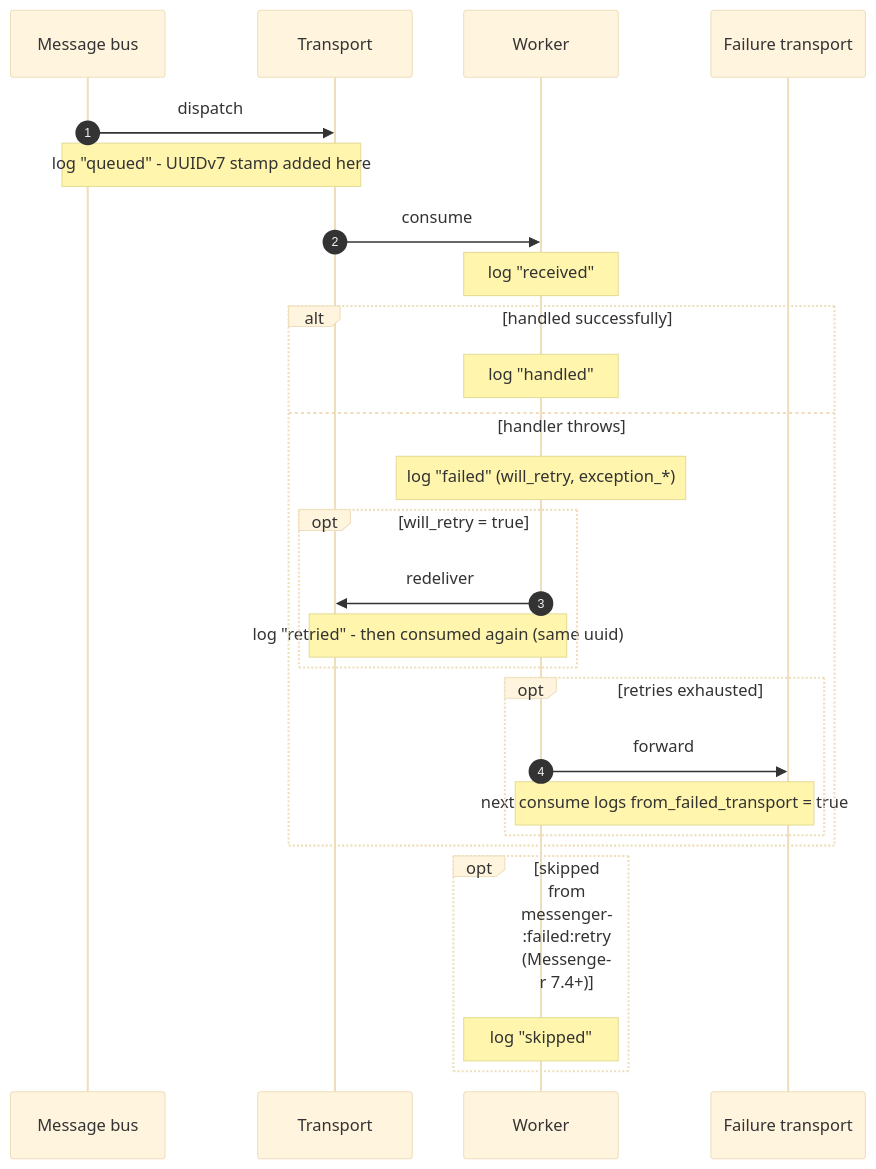
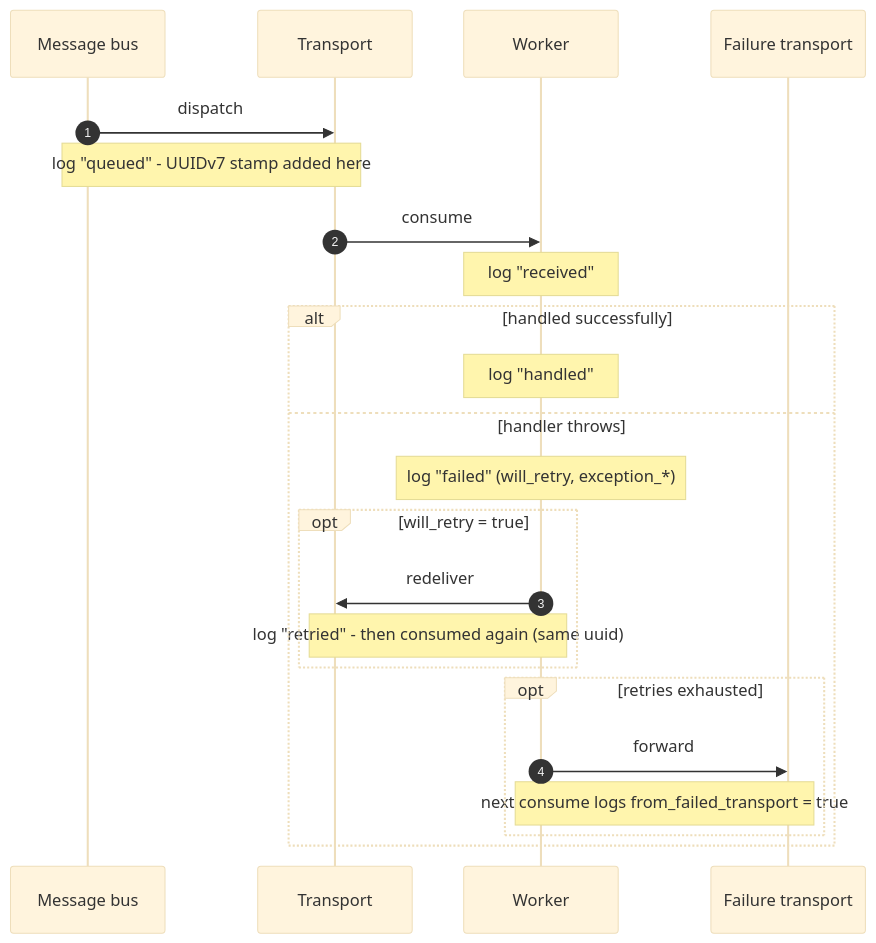
The diagram in README.md (ckrack/messenger-logging-bundle), drawn with Mermaid (base theme) before and after one commit. The commit also changed other lines of this file and 7 other files, not shown here.

````diff
--- a/README.md
+++ b/README.md
@@ -79,29 +77,26 @@
 ```mermaid
 sequenceDiagram
     autonumber
     participant Bus as Message bus
     participant T as Transport
     participant W as Worker
     participant FT as Failure transport
 
     Bus->>T: dispatch
     Note over Bus,T: log "queued" - UUIDv7 stamp added here
     T->>W: consume
     Note over W: log "received"
     alt handled successfully
         Note over W: log "handled"
     else handler throws
         Note over W: log "failed" (will_retry, exception_*)
         opt will_retry = true
             W->>T: redeliver
             Note over W,T: log "retried" - then consumed again (same uuid)
         end
         opt retries exhausted
             W->>FT: forward
             Note over W,FT: next consume logs from_failed_transport = true
         end
     end
-    opt skipped from messenger:failed:retry (Messenger 7.4+)
-        Note over W: log "skipped"
-    end
 ```
````
